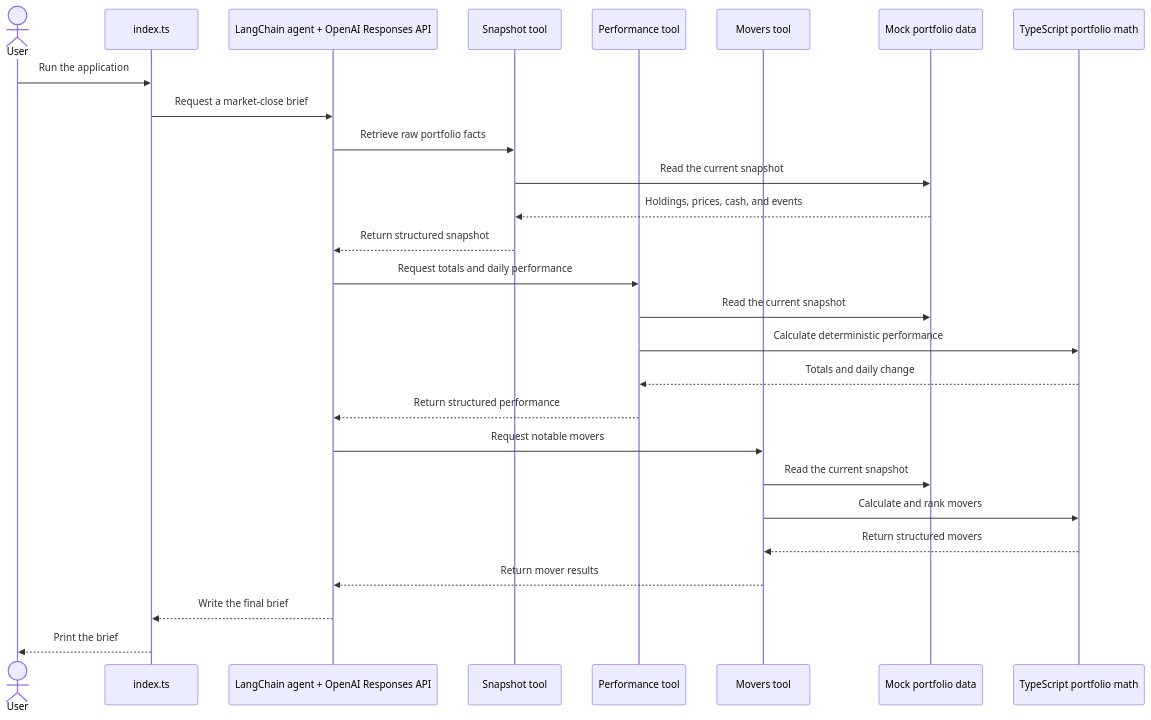
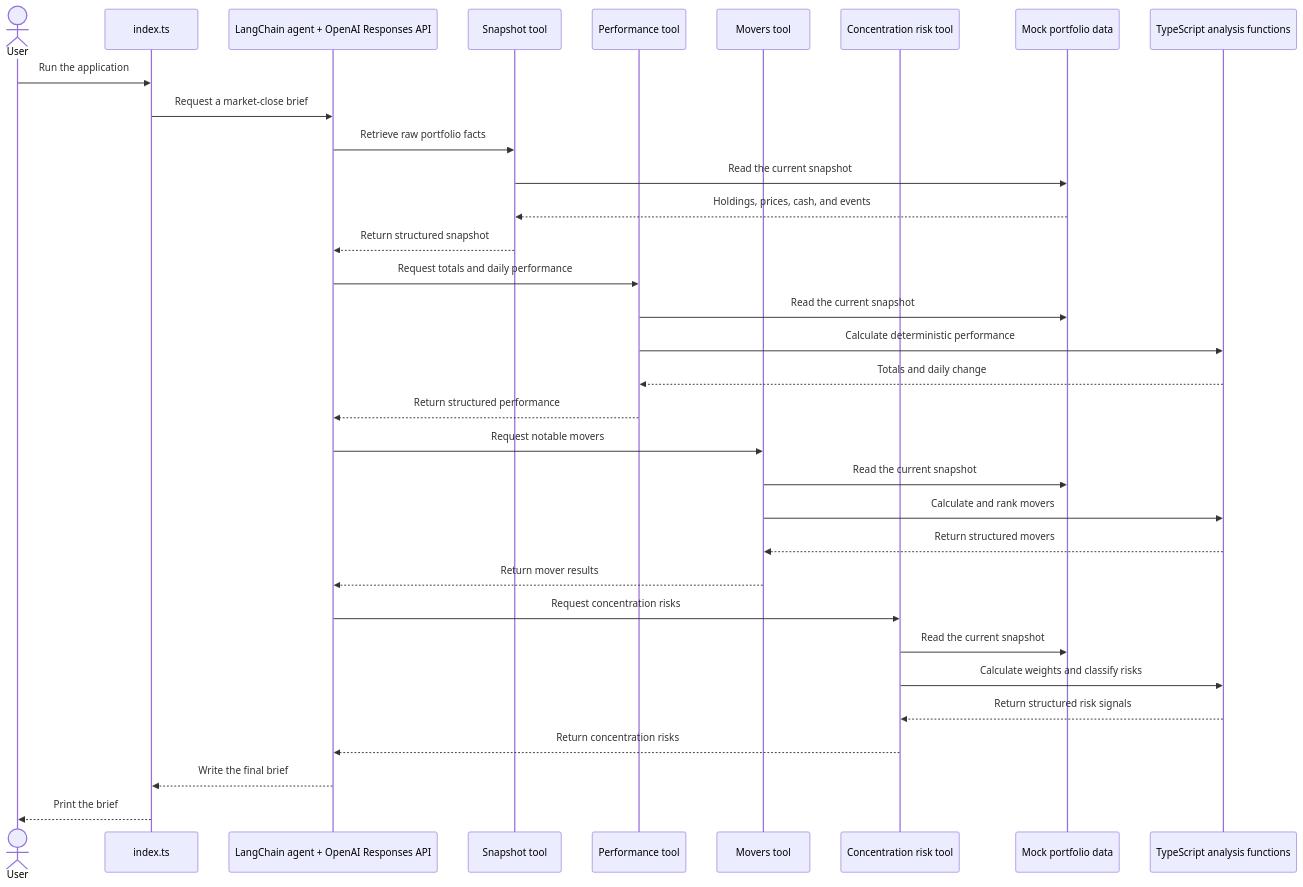
The diagram in architecture.md (ayomidecole/Daily-Portfolio-Brief-Agent), drawn with Mermaid before and after one commit. The commit also changed other lines of this file and 4 other files, not shown here.

Commit message:
Integrate getPortfolioConcentrationRisksTool into portfolioBriefAgent for enhanced risk analysis, update architecture diagram to reflect new risk calculations, and add corresponding tests for portfolio risk functionality.

````diff
--- a/architecture.md
+++ b/architecture.md
@@ -11,30 +11,36 @@
 ```mermaid
 sequenceDiagram
     actor User
     participant CLI as index.ts
     participant Agent as LangChain agent + OpenAI Responses API
     participant Snapshot as Snapshot tool
     participant Performance as Performance tool
     participant Movers as Movers tool
+    participant Risk as Concentration risk tool
     participant Data as Mock portfolio data
-    participant Math as TypeScript portfolio math
+    participant Analysis as TypeScript analysis functions
 
     User->>CLI: Run the application
     CLI->>Agent: Request a market-close brief
     Agent->>Snapshot: Retrieve raw portfolio facts
     Snapshot->>Data: Read the current snapshot
     Data-->>Snapshot: Holdings, prices, cash, and events
     Snapshot-->>Agent: Return structured snapshot
     Agent->>Performance: Request totals and daily performance
     Performance->>Data: Read the current snapshot
-    Performance->>Math: Calculate deterministic performance
-    Math-->>Performance: Totals and daily change
+    Performance->>Analysis: Calculate deterministic performance
+    Analysis-->>Performance: Totals and daily change
     Performance-->>Agent: Return structured performance
     Agent->>Movers: Request notable movers
     Movers->>Data: Read the current snapshot
-    Movers->>Math: Calculate and rank movers
-    Math-->>Movers: Return structured movers
+    Movers->>Analysis: Calculate and rank movers
+    Analysis-->>Movers: Return structured movers
     Movers-->>Agent: Return mover results
+    Agent->>Risk: Request concentration risks
+    Risk->>Data: Read the current snapshot
+    Risk->>Analysis: Calculate weights and classify risks
+    Analysis-->>Risk: Return structured risk signals
+    Risk-->>Agent: Return concentration risks
     Agent-->>CLI: Write the final brief
     CLI-->>User: Print the brief
 ```
````
